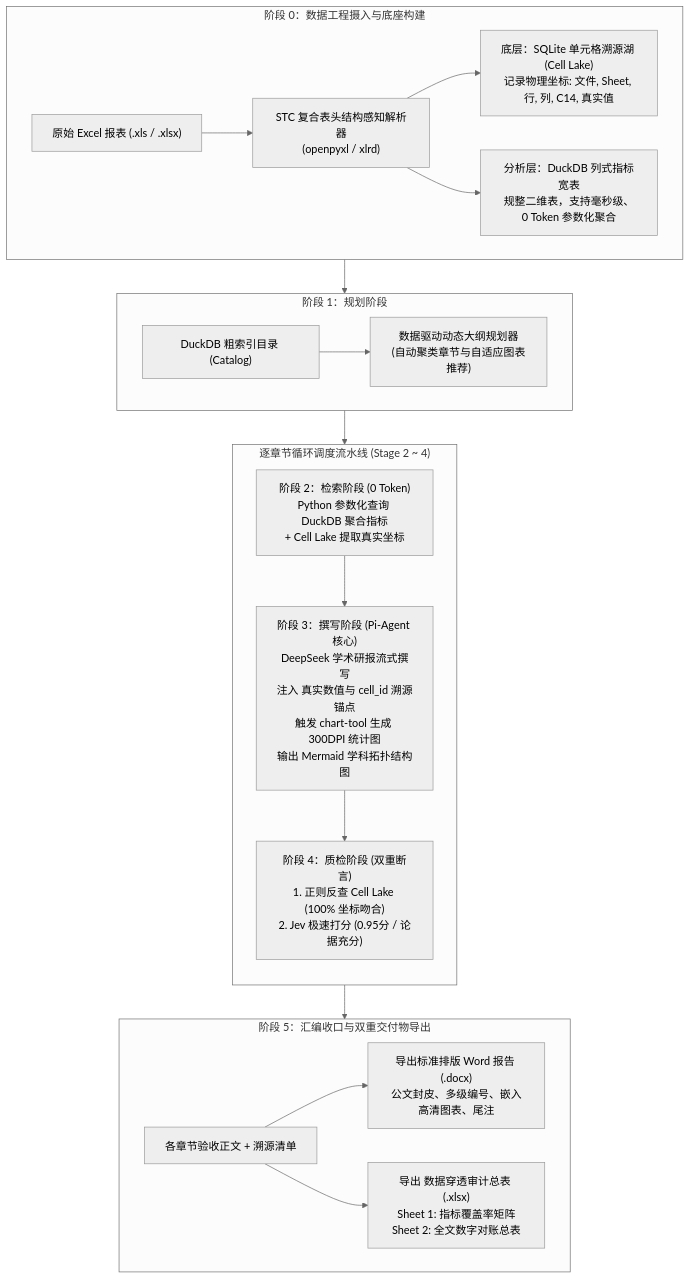
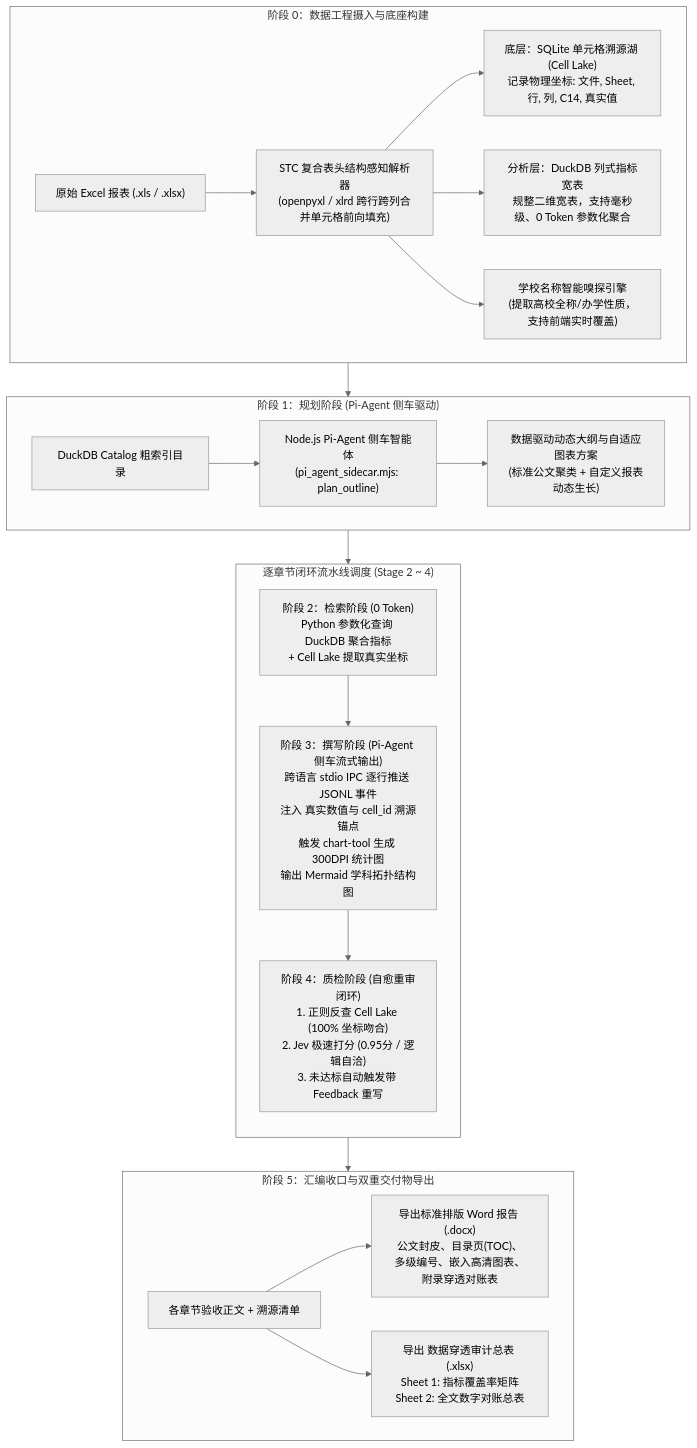
Before and after one commit to yvemiz/excel_report_version2: the diagram in SYSTEM_WORKFLOW.md, drawn with Mermaid (neutral theme). The commit also changed other lines of this file and 30 other files, not shown here.

````diff
--- a/SYSTEM_WORKFLOW.md
+++ b/SYSTEM_WORKFLOW.md
@@ -11,26 +11,28 @@
 ```mermaid
 graph TD
     subgraph S0 ["阶段 0：数据工程摄入与底座构建"]
-        Excel["原始 Excel 报表 (.xls / .xlsx)"] --> STC["STC 复合表头结构感知解析器<br/>(openpyxl / xlrd)"]
+        Excel["原始 Excel 报表 (.xls / .xlsx)"] --> STC["STC 复合表头结构感知解析器<br/>(openpyxl / xlrd 跨行跨列合并单元格前向填充)"]
         STC --> Lake["底层：SQLite 单元格溯源湖 (Cell Lake)<br/>记录物理坐标: 文件, Sheet, 行, 列, C14, 真实值"]
-        STC --> Duck["分析层：DuckDB 列式指标宽表<br/>规整二维表，支持毫秒级、0 Token 参数化聚合"]
+        STC --> Duck["分析层：DuckDB 列式指标宽表<br/>规整二维宽表，支持毫秒级、0 Token 参数化聚合"]
+        STC --> Meta["学校名称智能嗅探引擎<br/>(提取高校全称/办学性质，支持前端实时覆盖)"]
     end
 
-    subgraph S1 ["阶段 1：规划阶段"]
-        Catalog["DuckDB 粗索引目录 (Catalog)"] --> Outline["数据驱动动态大纲规划器<br/>(自动聚类章节与自适应图表推荐)"]
+    subgraph S1 ["阶段 1：规划阶段 (Pi-Agent 侧车驱动)"]
+        Catalog["DuckDB Catalog 粗索引目录"] --> Sidecar["Node.js Pi-Agent 侧车智能体<br/>(pi_agent_sidecar.mjs: plan_outline)"]
+        Sidecar --> Outline["数据驱动动态大纲与自适应图表方案<br/>(标准公文聚类 + 自定义报表动态生长)"]
     end
 
-    subgraph Loop ["逐章节循环调度流水线 (Stage 2 ~ 4)"]
+    subgraph Loop ["逐章节闭环流水线调度 (Stage 2 ~ 4)"]
         direction TB
         S2["阶段 2：检索阶段 (0 Token)<br/>Python 参数化查询 DuckDB 聚合指标<br/>+ Cell Lake 提取真实坐标"]
-        --> S3["阶段 3：撰写阶段 (Pi-Agent 核心)<br/>DeepSeek 学术研报流式撰写<br/>注入 真实数值与 cell_id 溯源锚点<br/>触发 chart-tool 生成 300DPI 统计图<br/>输出 Mermaid 学科拓扑结构图"]
-        --> S4["阶段 4：质检阶段 (双重断言)<br/>1. 正则反查 Cell Lake (100% 坐标吻合)<br/>2. Jev 极速打分 (0.95分 / 论据充分)"]
+        --> S3["阶段 3：撰写阶段 (Pi-Agent 侧车流式输出)<br/>跨语言 stdio IPC 逐行推送 JSONL 事件<br/>注入 真实数值与 cell_id 溯源锚点<br/>触发 chart-tool 生成 300DPI 统计图<br/>输出 Mermaid 学科拓扑结构图"]
+        --> S4["阶段 4：质检阶段 (自愈重审闭环)<br/>1. 正则反查 Cell Lake (100% 坐标吻合)<br/>2. Jev 极速打分 (0.95分 / 逻辑自洽)<br/>3. 未达标自动触发带 Feedback 重写"]
     end
 
     subgraph S5 ["阶段 5：汇编收口与双重交付物导出"]
-        Sections["各章节验收正文 + 溯源清单"] --> ExportDocx["导出标准排版 Word 报告 (.docx)<br/>公文封皮、多级编号、嵌入高清图表、尾注"]
+        Sections["各章节验收正文 + 溯源清单"] --> ExportDocx["导出标准排版 Word 报告 (.docx)<br/>公文封皮、目录页(TOC)、多级编号、嵌入高清图表、附录穿透对账表"]
         Sections --> ExportXlsx["导出 数据穿透审计总表 (.xlsx)<br/>Sheet 1: 指标覆盖率矩阵<br/>Sheet 2: 全文数字对账总表"]
     end
 
     S0 --> S1 --> Loop --> S5
 ```
````
